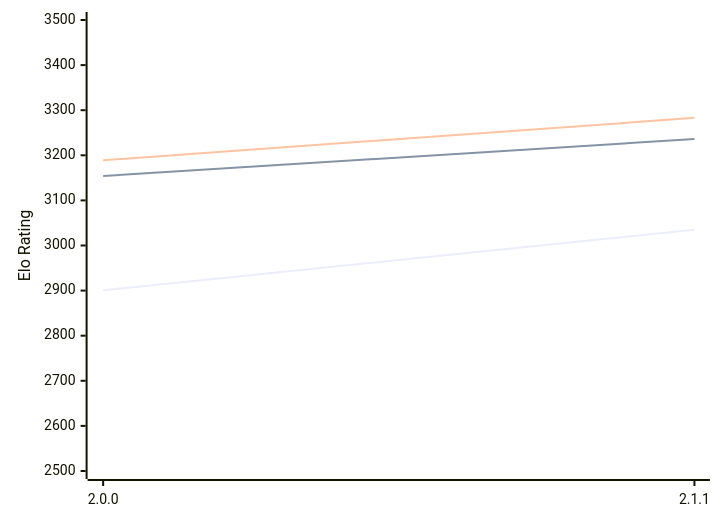
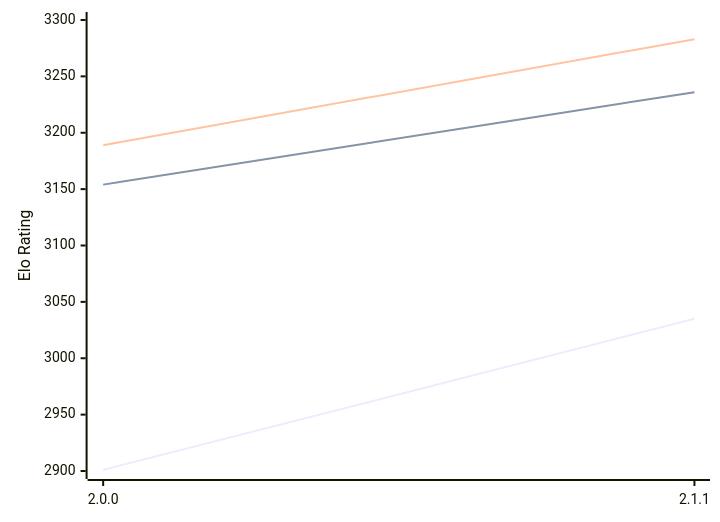
The diagram in engines/Bread.md (computer-chess-index/cci), drawn with Mermaid before and after one commit. The commit also changed other lines of this file, not shown here.

Commit message:
Update CCI Ratings (ELO VLTC) - 2026-02-10

````diff
--- a/engines/Bread.md
+++ b/engines/Bread.md
@@ -47,9 +47,9 @@
 ```mermaid
 %%{init: {"theme":"base","themeVariables":{"seriesColors:['#a3a3a3','#222221','#faa371']}}}%%
 xychart-beta
   x-axis ["2.0.0", "2.1.1"]
-  y-axis "Elo Rating" 2500 --> 3500
+  y-axis "Elo Rating" 2900 --> 3300
   line "STC (8.0+0.08s)" [2901, 3035]
   line "LTC (60.0+0.60s)" [3154, 3236]
   line "VLTC (2m24s+1.12s)" [3189, 3283]
 ```
````
